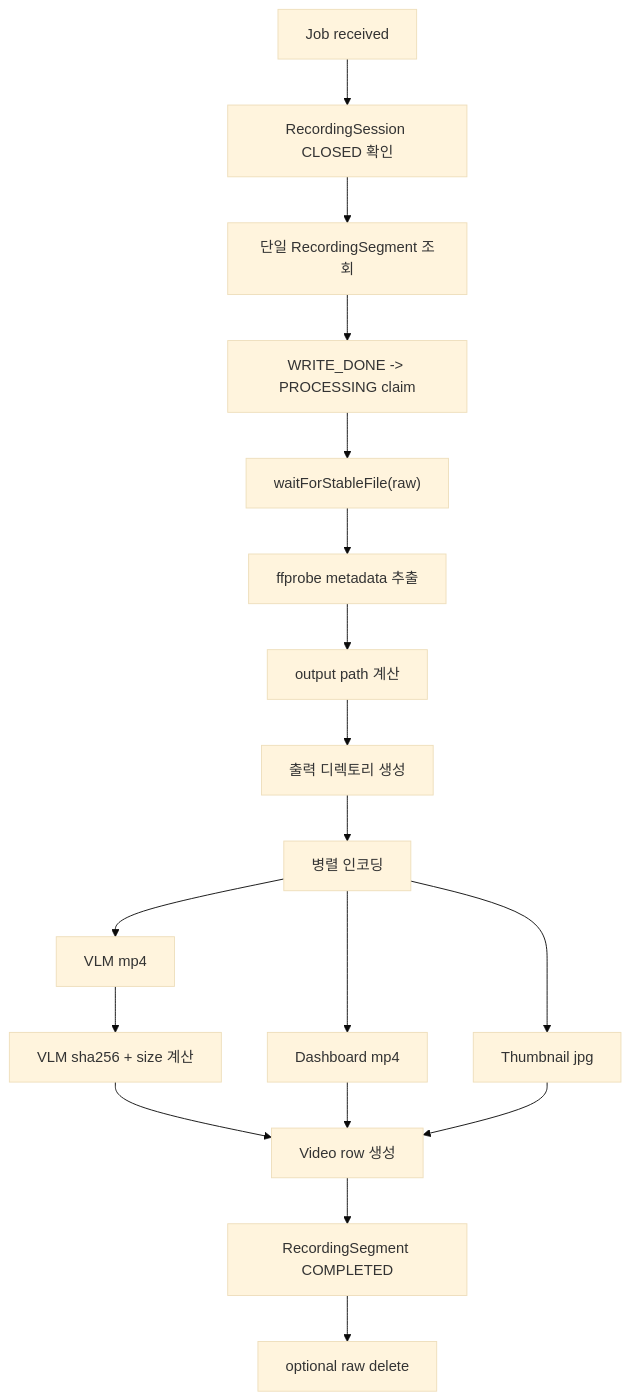
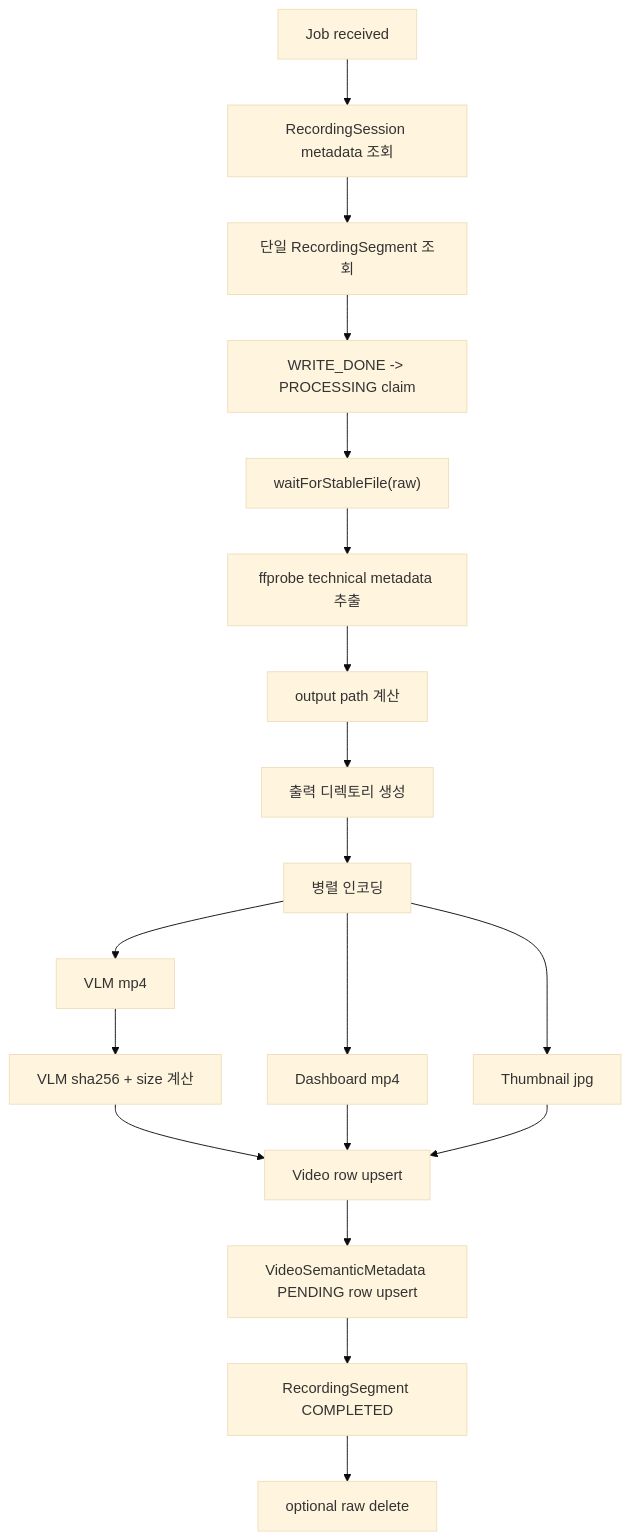
The second of 2 diagrams in docs/10. project_processing.md (ego-flow/ego-flow-server), drawn with Mermaid (base theme) before and after one commit. The commit also changed other lines of this file and 11 other files, not shown here.

Commit message:
[Backend] Video semantic metadata 분리

````diff
--- a/docs/10. project_processing.md
+++ b/docs/10. project_processing.md
@@ -27,20 +27,21 @@
 ```mermaid
 flowchart TD
-    A["Job received"] --> B["RecordingSession CLOSED 확인"]
+    A["Job received"] --> B["RecordingSession metadata 조회"]
     B --> C["단일 RecordingSegment 조회"]
     C --> G["WRITE_DONE -> PROCESSING claim"]
     G --> F["waitForStableFile(raw)"]
-    F --> H["ffprobe metadata 추출"]
+    F --> H["ffprobe technical metadata 추출"]
     H --> I["output path 계산"]
     I --> J["출력 디렉토리 생성"]
     J --> K["병렬 인코딩"]
     K --> K1["VLM mp4"]
     K --> K2["Dashboard mp4"]
     K --> K3["Thumbnail jpg"]
     K1 --> K4["VLM sha256 + size 계산"]
-    K4 --> L["Video row 생성"]
+    K4 --> L["Video row upsert"]
     K2 --> L
     K3 --> L
-    L --> M["RecordingSegment COMPLETED"]
+    L --> S["VideoSemanticMetadata PENDING row upsert"]
+    S --> M["RecordingSegment COMPLETED"]
     M --> N["optional raw delete"]
 ```
````
